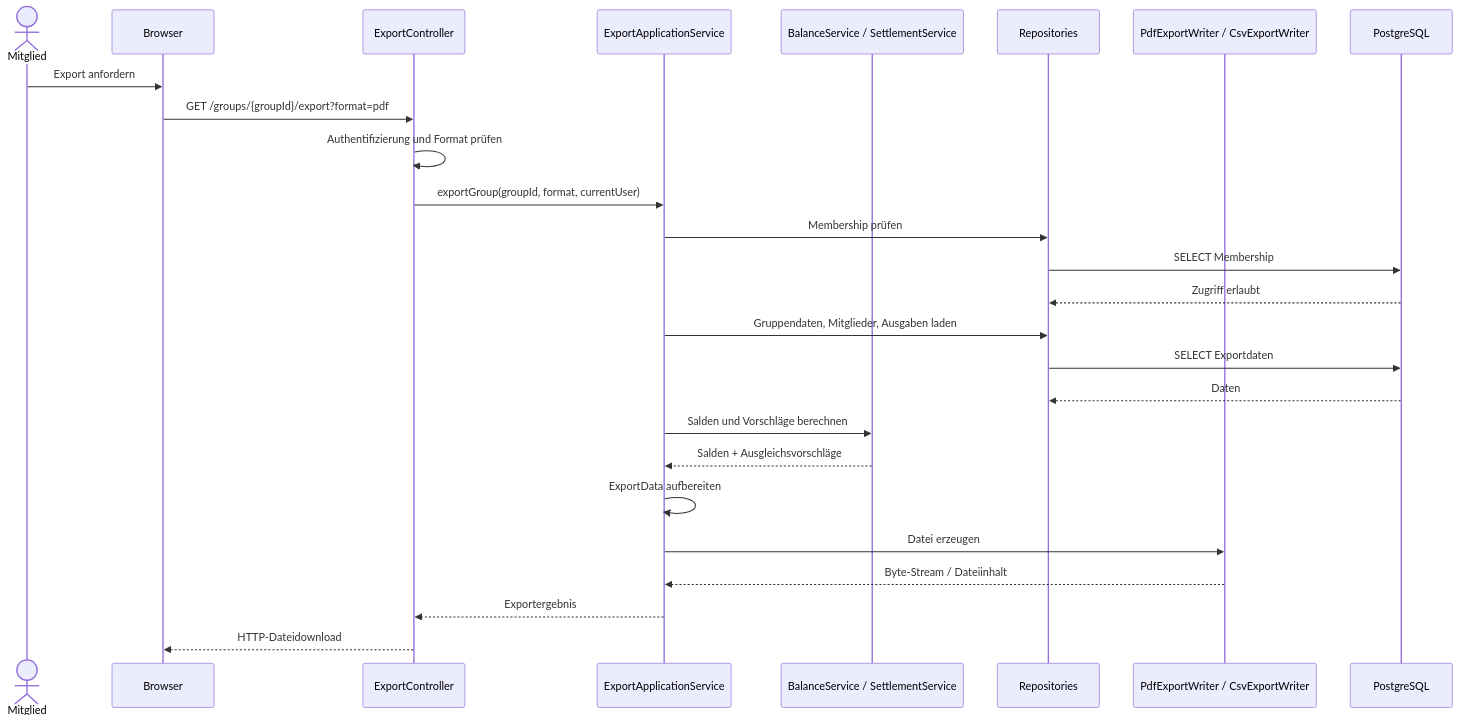
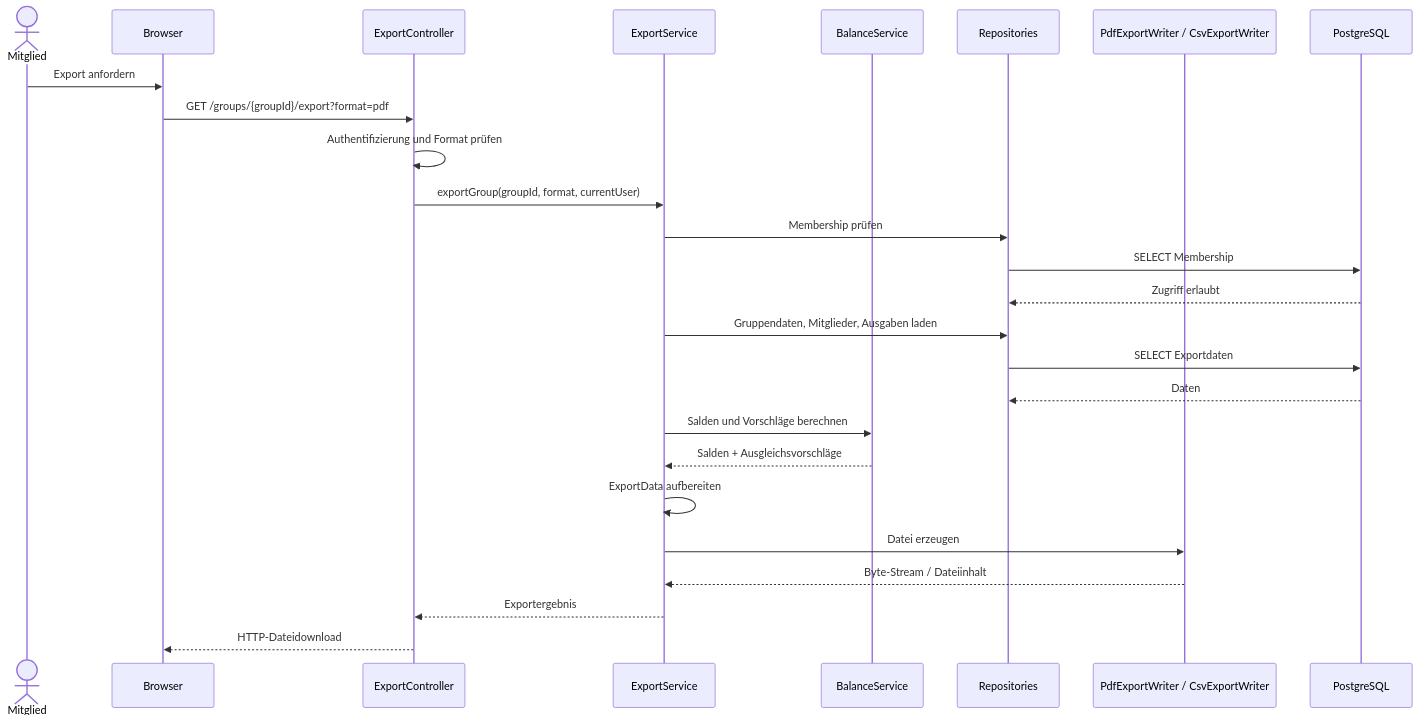
The eighth of 10 diagrams in Architektur/A06-runtime-view.md (Bunyamin0101/WK_1106_CampusSplit), drawn with Mermaid before and after one commit. The commit also changed other lines of this file, not shown here.

````diff
--- a/Architektur/A06-runtime-view.md
+++ b/Architektur/A06-runtime-view.md
@@ -367,29 +367,29 @@
 ```mermaid
 sequenceDiagram
     actor Mitglied
     participant Browser
     participant Controller as ExportController
-    participant ExportSvc as ExportApplicationService
-    participant BalanceSvc as BalanceService / SettlementService
+    participant ExportSvc as ExportService
+    participant BalanceSvc as BalanceService
     participant Repo as Repositories
     participant Writer as PdfExportWriter / CsvExportWriter
     participant DB as PostgreSQL
 
     Mitglied->>Browser: Export anfordern
     Browser->>Controller: GET /groups/{groupId}/export?format=pdf
     Controller->>Controller: Authentifizierung und Format prüfen
     Controller->>ExportSvc: exportGroup(groupId, format, currentUser)
     ExportSvc->>Repo: Membership prüfen
     Repo->>DB: SELECT Membership
     DB-->>Repo: Zugriff erlaubt
     ExportSvc->>Repo: Gruppendaten, Mitglieder, Ausgaben laden
     Repo->>DB: SELECT Exportdaten
     DB-->>Repo: Daten
     ExportSvc->>BalanceSvc: Salden und Vorschläge berechnen
     BalanceSvc-->>ExportSvc: Salden + Ausgleichsvorschläge
     ExportSvc->>ExportSvc: ExportData aufbereiten
     ExportSvc->>Writer: Datei erzeugen
     Writer-->>ExportSvc: Byte-Stream / Dateiinhalt
     ExportSvc-->>Controller: Exportergebnis
     Controller-->>Browser: HTTP-Dateidownload
 ```
````
